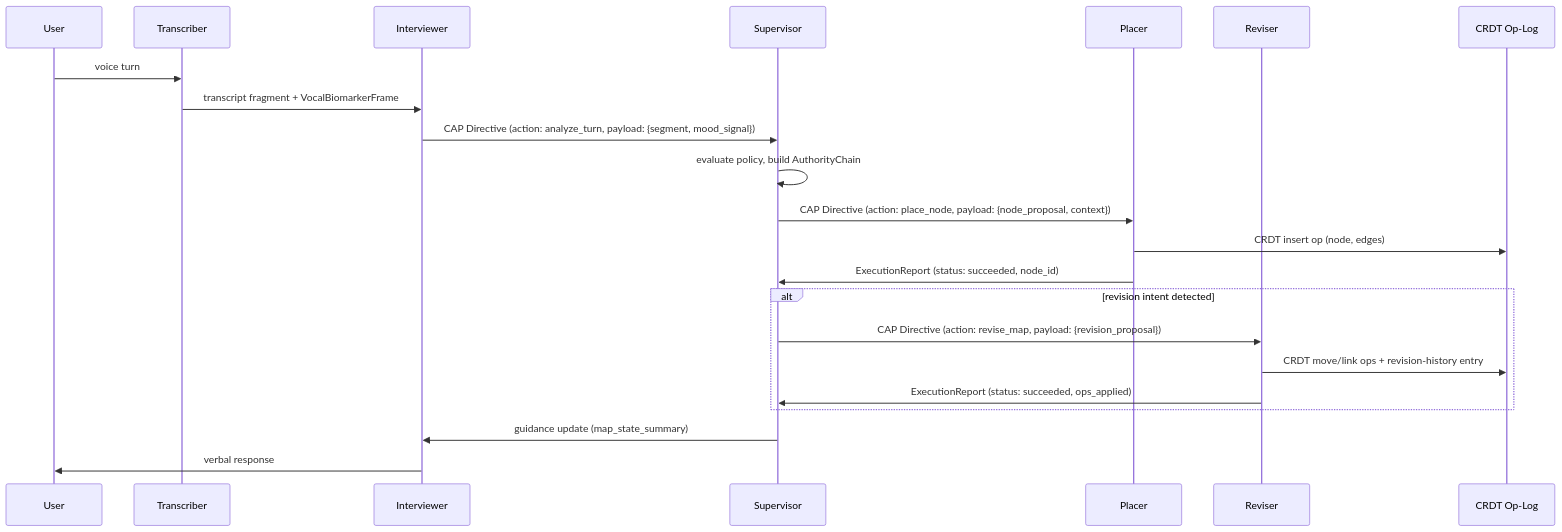
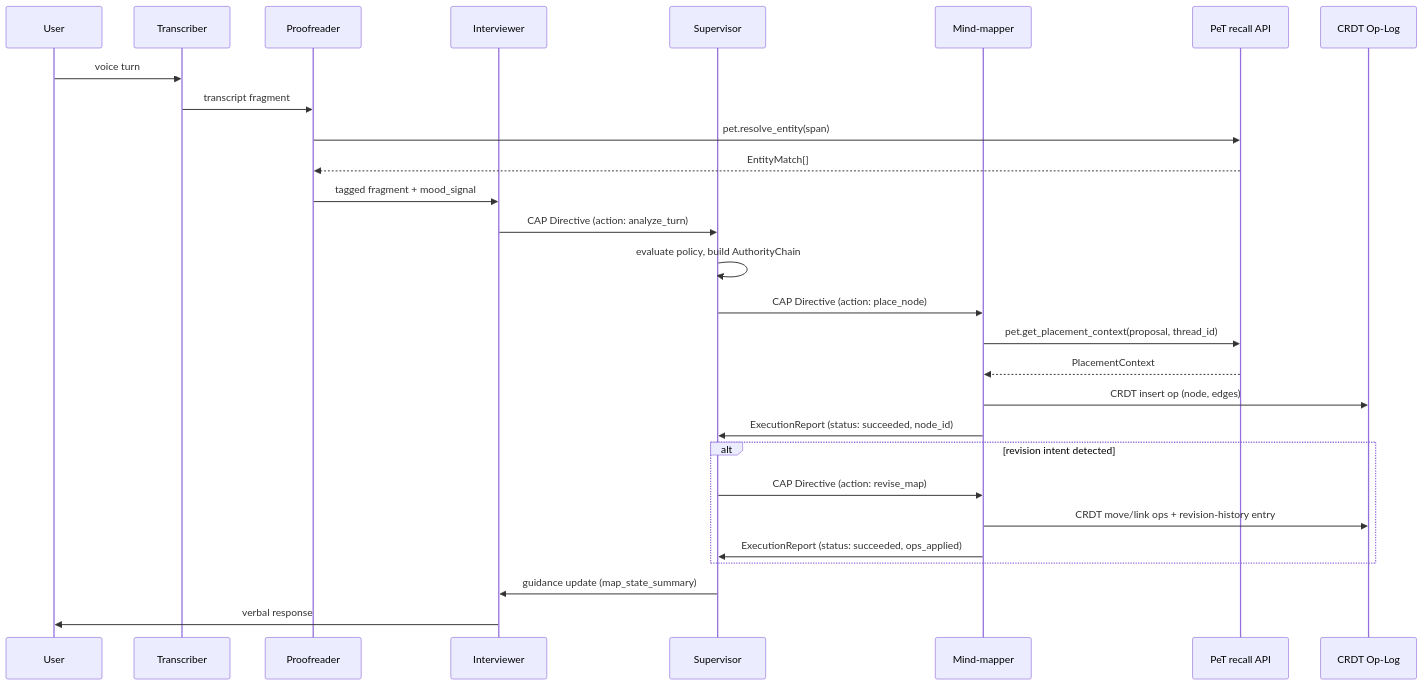
One commit to cytognosis/docs changed the second of 2 diagrams in 03-Products/Cytonome/Yar/spec/SPEC-multi-agent.md. Above: the diagram before and after it, drawn with Mermaid. The commit also changed other lines of this file and 1 other file, not shown here.

Commit message:
docs(yar): SPEC-multi-agent v0.2 (canonical agent naming: Supervisor/Interviewer/Transcriber/Proofreader/Mind-mapper) + new SPEC-cactus-routing (borrow concept not binary; Cactus license gated at 2M, Gemma 4 Apache-2.0 confirmed)

````diff
--- a/03-Products/Cytonome/Yar/spec/SPEC-multi-agent.md
+++ b/03-Products/Cytonome/Yar/spec/SPEC-multi-agent.md
@@ -324,25 +368,31 @@
 ```mermaid
 sequenceDiagram
   participant User
   participant Transcriber
+  participant Proofreader
   participant Interviewer
   participant Supervisor
-  participant Placer
-  participant Reviser
+  participant MindMapper as Mind-mapper
+  participant PeT as PeT recall API
   participant CRDTLog as CRDT Op-Log
 
   User->>Transcriber: voice turn
-  Transcriber->>Interviewer: transcript fragment + VocalBiomarkerFrame
-  Interviewer->>Supervisor: CAP Directive (action: analyze_turn, payload: {segment, mood_signal})
+  Transcriber->>Proofreader: transcript fragment
+  Proofreader->>PeT: pet.resolve_entity(span)
+  PeT-->>Proofreader: EntityMatch[]
+  Proofreader->>Interviewer: tagged fragment + mood_signal
+  Interviewer->>Supervisor: CAP Directive (action: analyze_turn)
   Supervisor->>Supervisor: evaluate policy, build AuthorityChain
-  Supervisor->>Placer: CAP Directive (action: place_node, payload: {node_proposal, context})
-  Placer->>CRDTLog: CRDT insert op (node, edges)
-  Placer->>Supervisor: ExecutionReport (status: succeeded, node_id)
+  Supervisor->>MindMapper: CAP Directive (action: place_node)
+  MindMapper->>PeT: pet.get_placement_context(proposal, thread_id)
+  PeT-->>MindMapper: PlacementContext
+  MindMapper->>CRDTLog: CRDT insert op (node, edges)
+  MindMapper->>Supervisor: ExecutionReport (status: succeeded, node_id)
   alt revision intent detected
-    Supervisor->>Reviser: CAP Directive (action: revise_map, payload: {revision_proposal})
-    Reviser->>CRDTLog: CRDT move/link ops + revision-history entry
-    Reviser->>Supervisor: ExecutionReport (status: succeeded, ops_applied)
+    Supervisor->>MindMapper: CAP Directive (action: revise_map)
+    MindMapper->>CRDTLog: CRDT move/link ops + revision-history entry
+    MindMapper->>Supervisor: ExecutionReport (status: succeeded, ops_applied)
   end
   Supervisor->>Interviewer: guidance update (map_state_summary)
   Interviewer->>User: verbal response
 ```
````
